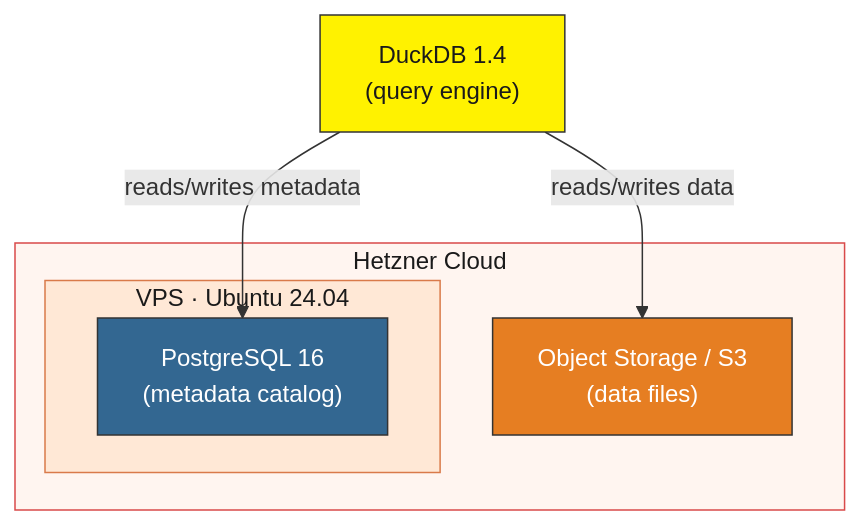
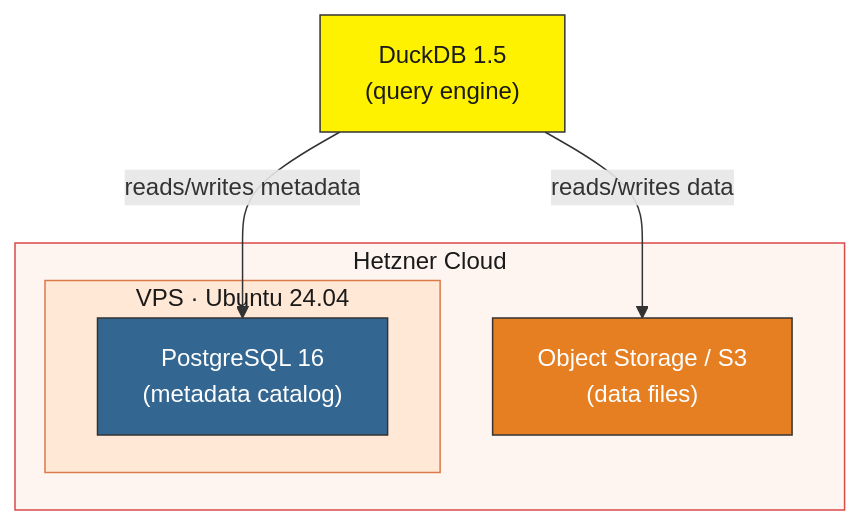
One commit to kamleon-dev/data-ducklake-hetzner changed the diagram in README.md. Above: the diagram before and after it, drawn with Mermaid. The commit also changed other lines of this file, not shown here.

Commit message:
chore: bump DuckDB 1.5 and DuckLake 0.4 version refs

````diff
--- a/README.md
+++ b/README.md
@@ -21,20 +21,20 @@
 ```mermaid
 graph TB
-    DuckDB["DuckDB 1.4<br/>(query engine)"]
+    DuckDB["DuckDB 1.5<br/>(query engine)"]
 
     subgraph hetzner["Hetzner Cloud"]
         subgraph vps["VPS · Ubuntu 24.04"]
             PG["PostgreSQL 16<br/>(metadata catalog)"]
         end
         S3["Object Storage / S3<br/>(data files)"]
     end
 
     DuckDB -- "reads/writes metadata" --> PG
     DuckDB -- "reads/writes data" --> S3
 
     style hetzner fill:#fff5f0,stroke:#d94a4a,color:#1a1a1a
     style vps fill:#ffe8d6,stroke:#d97a4a,color:#1a1a1a
     style DuckDB fill:#fff200,stroke:#333,color:#1a1a1a
     style PG fill:#336791,stroke:#333,color:#fff
     style S3 fill:#e67e22,stroke:#333,color:#fff
 ```
````
